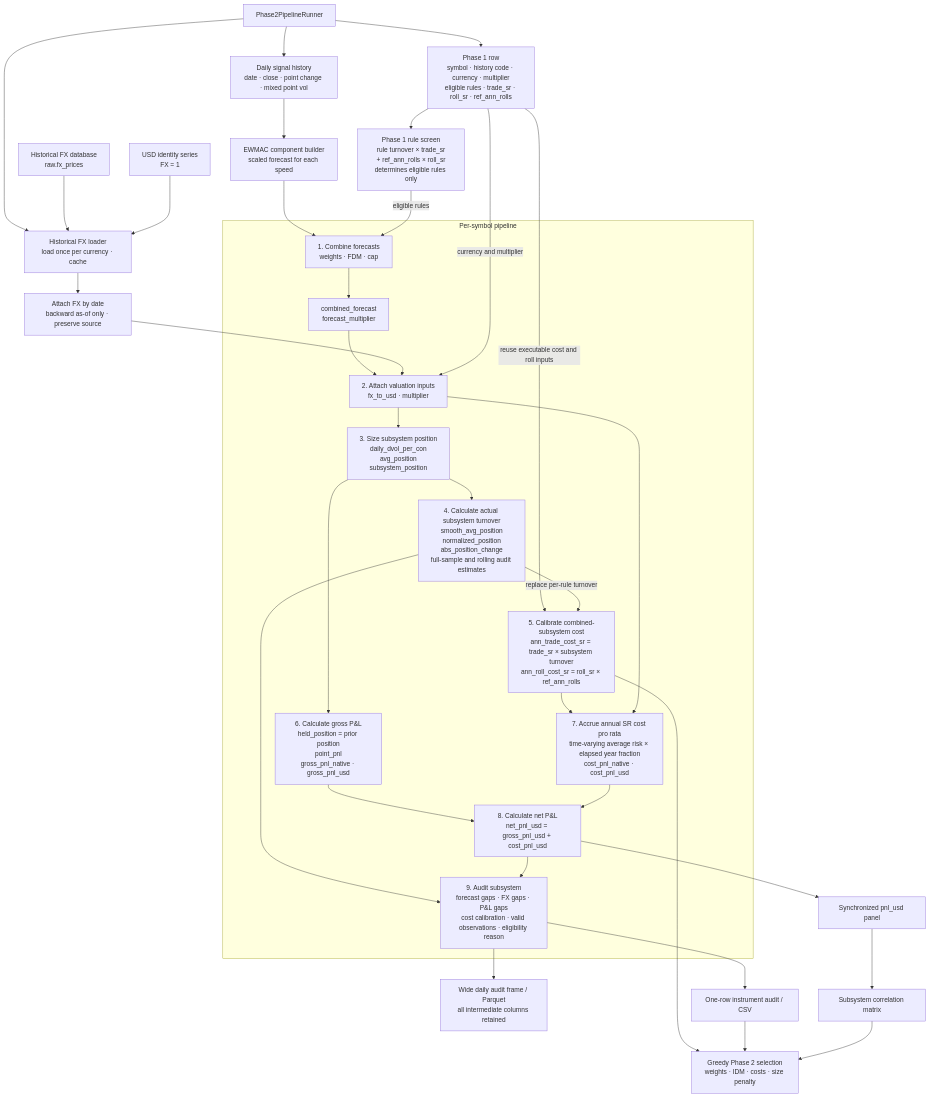
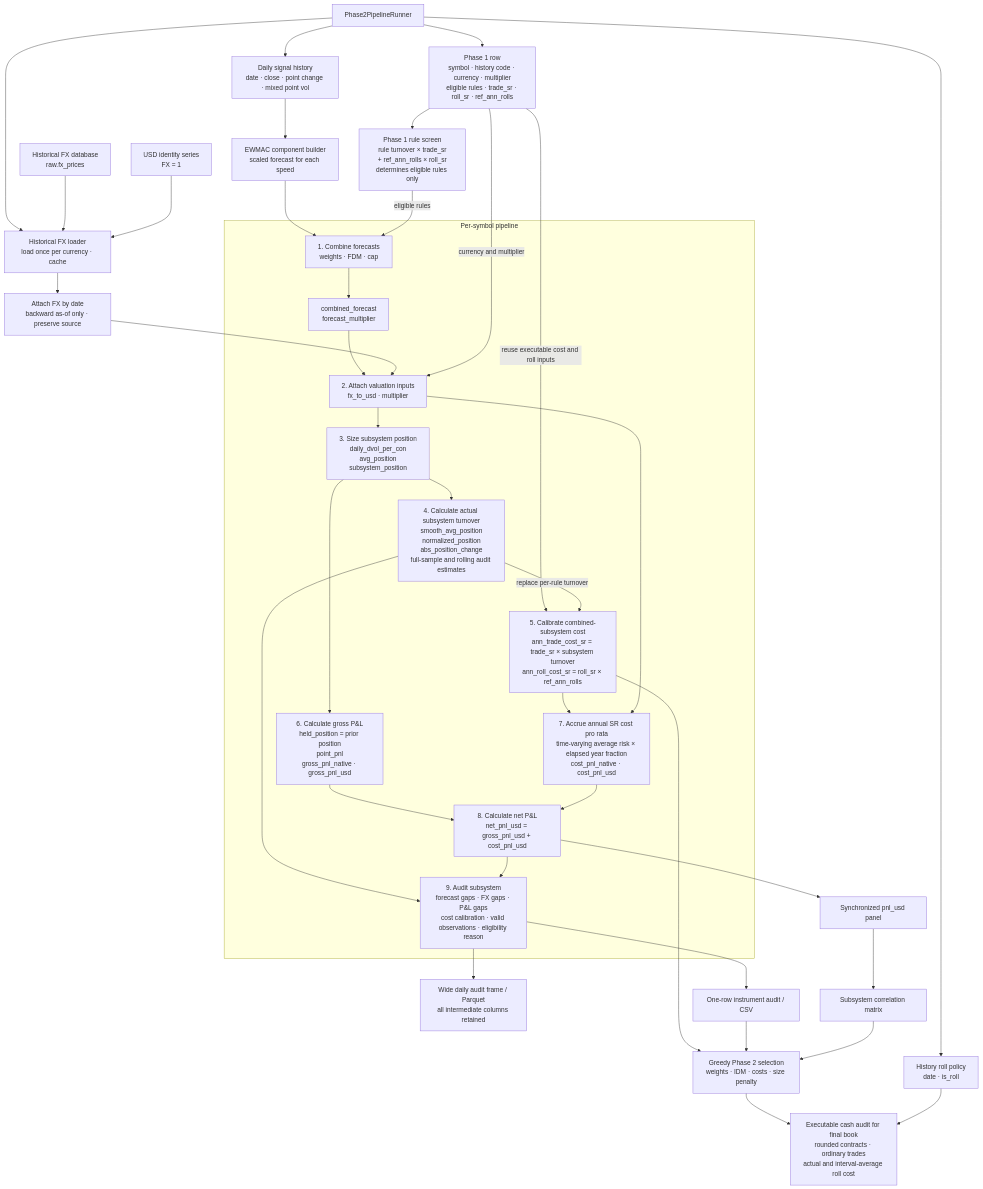
One commit to ericlief/derivatives-bt-engine changed the diagram in research/pysystemtrade-instrument-selection.md. Above: the diagram before and after it, drawn with Mermaid. The commit also changed other lines of this file and 9 other files, not shown here.

First line of the commit message:
Add executable cash PnL to futures selection

````diff
--- a/research/pysystemtrade-instrument-selection.md
+++ b/research/pysystemtrade-instrument-selection.md
@@ -585,6 +585,7 @@
     Phase1["Phase 1 row<br/>symbol · history code · currency · multiplier<br/>eligible rules · trade_sr · roll_sr · ref_ann_rolls"]
     RuleScreen["Phase 1 rule screen<br/>rule turnover × trade_sr<br/>+ ref_ann_rolls × roll_sr<br/>determines eligible rules only"]
     Prices["Daily signal history<br/>date · close · point change · mixed point vol"]
+    RollMarks["History roll policy<br/>date · is_roll"]
     Components["EWMAC component builder<br/>scaled forecast for each speed"]
 
     HistFX["Historical FX database<br/>raw.fx_prices"]
@@ -619,9 +620,11 @@
     ReturnPanel["Synchronized pnl_usd panel"]
     Correlation["Subsystem correlation matrix"]
     Selection["Greedy Phase 2 selection<br/>weights · IDM · costs · size penalty"]
+    CashPnL["Executable cash audit for final book<br/>rounded contracts · ordinary trades<br/>actual and interval-average roll cost"]
 
     Runner --> Phase1
     Runner --> Prices
+    Runner --> RollMarks
     Runner --> FXProvider
 
     Prices --> Components
@@ -657,4 +660,6 @@
     Cost --> Selection
     SummaryOutput --> Selection
     Correlation --> Selection
+    Selection --> CashPnL
+    RollMarks --> CashPnL
 ```
````
